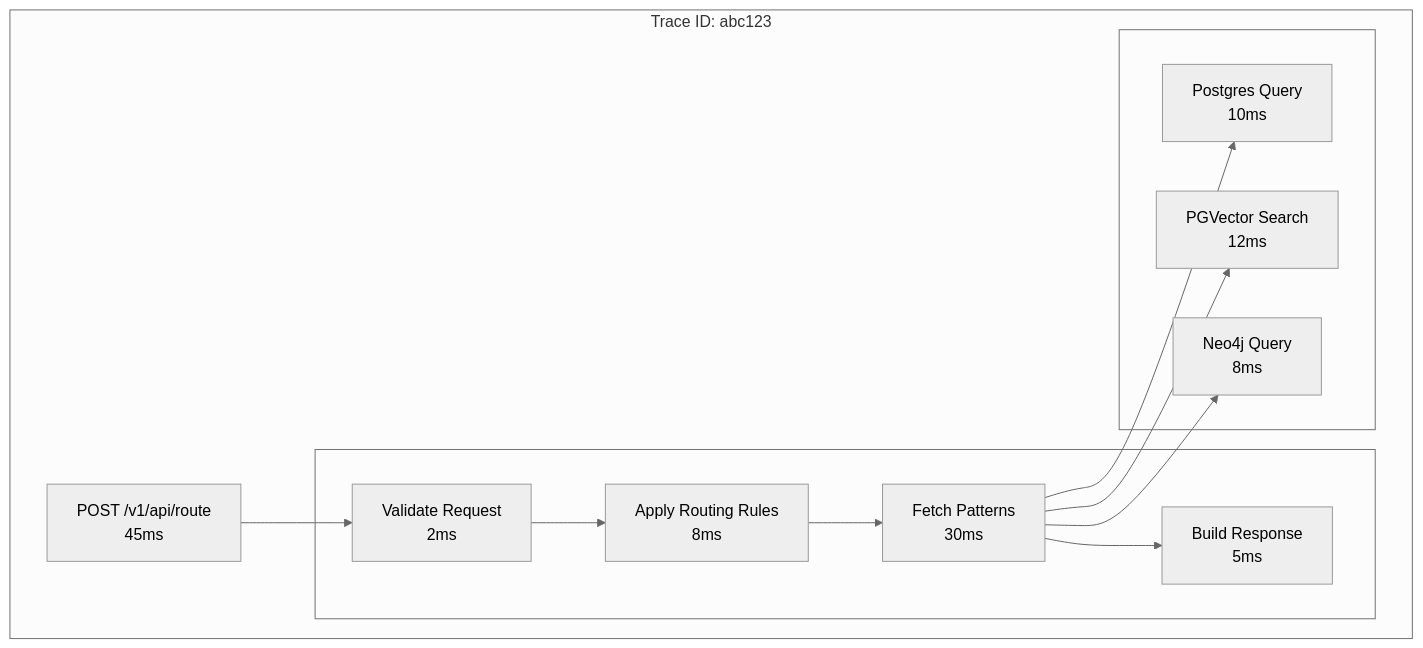
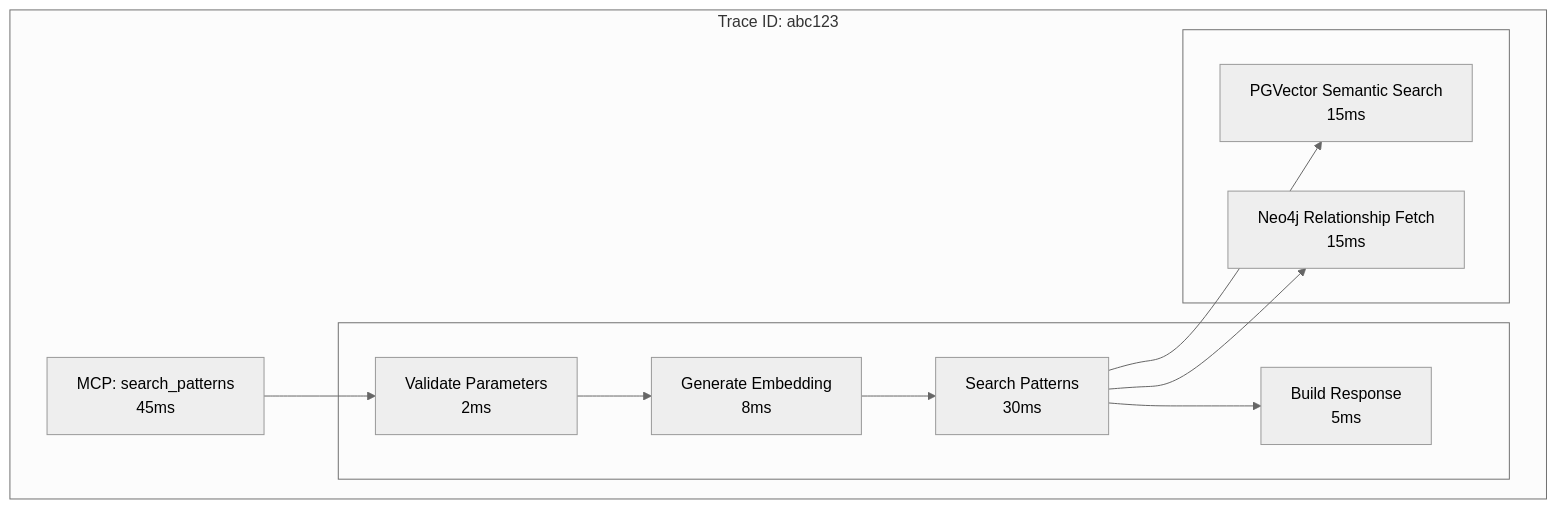
One commit to twistingmercury/mnemonic-mcp changed the second of 3 diagrams in docs/architecture/07-observability-architecture.md. Above: the diagram before and after it, drawn with Mermaid (neutral theme). The commit also changed other lines of this file and 63 other files, not shown here.

````diff
--- a/docs/architecture/07-observability-architecture.md
+++ b/docs/architecture/07-observability-architecture.md
@@ -240,24 +241,22 @@
 ```mermaid
 flowchart TB
     subgraph Trace["Trace ID: abc123"]
-        HTTP["POST /v1/api/route<br/>45ms"]
+        MCP["MCP: search_patterns<br/>45ms"]
 
-        subgraph HTTPSpans[" "]
-            Valid["Validate Request<br/>2ms"]
-            Route["Apply Routing Rules<br/>8ms"]
-            Pattern["Fetch Patterns<br/>30ms"]
+        subgraph MCPSpans[" "]
+            Valid["Validate Parameters<br/>2ms"]
+            Embed["Generate Embedding<br/>8ms"]
+            Search["Search Patterns<br/>30ms"]
             Resp["Build Response<br/>5ms"]
         end
 
-        subgraph PatternSpans[" "]
-            PG["Postgres Query<br/>10ms"]
-            PGV["PGVector Search<br/>12ms"]
-            Neo["Neo4j Query<br/>8ms"]
+        subgraph SearchSpans[" "]
+            PGV["PGVector Semantic Search<br/>15ms"]
+            NEO["Neo4j Relationship Fetch<br/>15ms"]
         end
 
-        HTTP --> Valid --> Route --> Pattern --> Resp
-        Pattern --> PG
-        Pattern --> PGV
-        Pattern --> Neo
+        MCP --> Valid --> Embed --> Search --> Resp
+        Search --> PGV
+        Search --> NEO
     end
 ```
````
